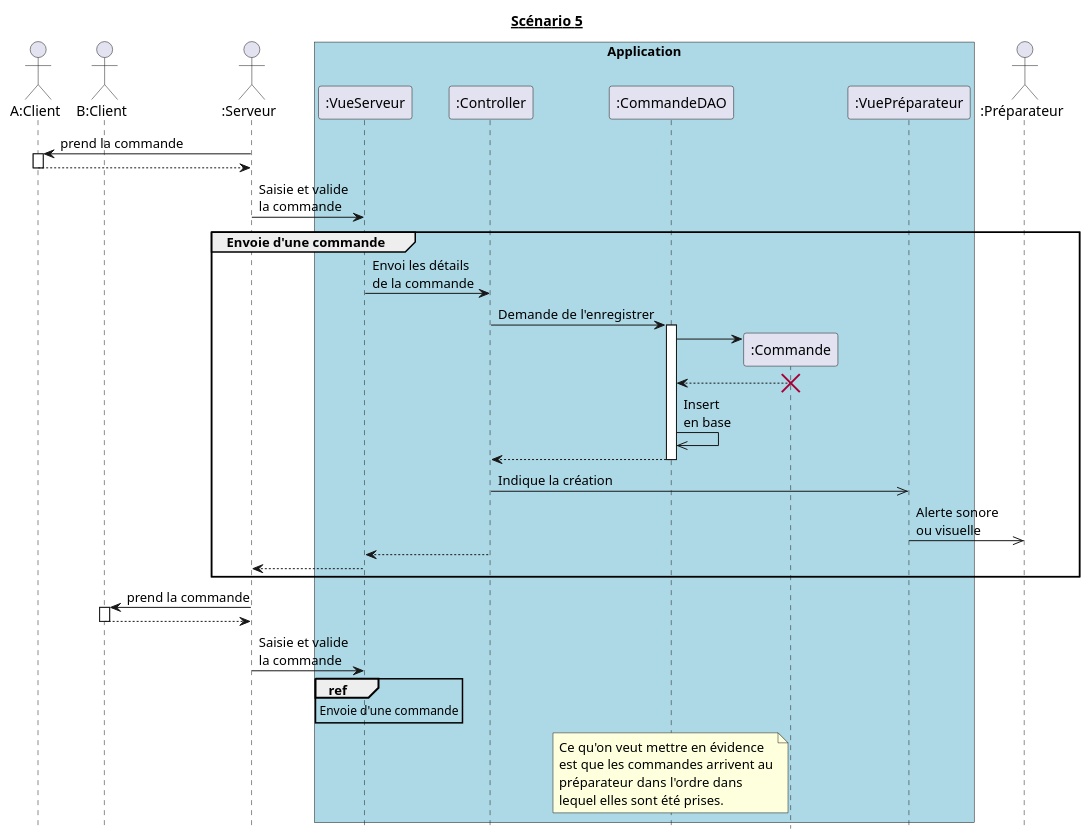
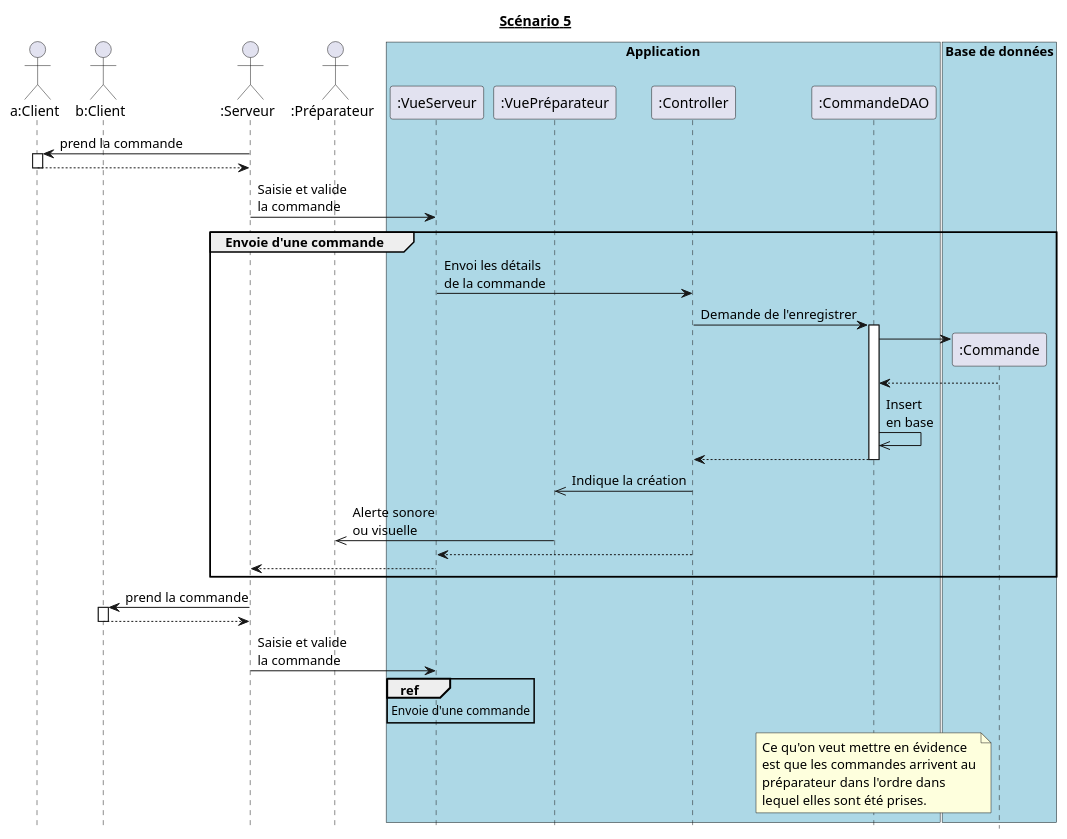
The diagram in diagrammes_sequences_detailles/dss5.md (hulskenA/GL-Les_seigneurs_du_resto), drawn with PlantUML before and after one commit. The commit also changed 7 other files, not shown here.

````diff
--- a/diagrammes_sequences_detailles/dss5.md
+++ b/diagrammes_sequences_detailles/dss5.md
@@ -1,65 +1,67 @@
 ```puml
 @startuml
 hide footbox
 title __Scénario 5__
 
-actor "A:Client" as ClientA order 10
-actor "B:Client" as ClientB order 20
+actor "a:Client" as ClientA order 10
+actor "b:Client" as ClientB order 20
 actor ":Serveur" as Serveur order 30
-actor ":Préparateur" as Préparateur order 90
+actor ":Préparateur" as Préparateur order 40
 
 box "Application" #Lightblue
-  participant ":VueServeur" as VueServeur order 40
-  participant ":Controller" as Controller order 50
-  participant ":CommandeDAO" as CommandeDAO order 60
-  participant ":Commande" as Commande order 70
-  participant ":VuePréparateur" as VuePréparateur order 80
+  participant ":VueServeur" as VueServeur order 50
+  participant ":VuePréparateur" as VuePréparateur order 60
+  participant ":Controller" as Controller order 70
+  participant ":CommandeDAO" as CommandeDAO order 80
+endbox
+
+box "Base de données" #Lightblue
+  participant ":Commande" as Commande order 90
 endbox
 
 Serveur -> ClientA : prend la commande
 activate ClientA
 Serveur <-- ClientA
 deactivate ClientA
 
 Serveur -> VueServeur : Saisie et valide\nla commande
 
 group Envoie d'une commande
   VueServeur -> Controller : Envoi les détails\nde la commande
   Controller -> CommandeDAO : Demande de l'enregistrer
 
   activate CommandeDAO    
     create Commande
     CommandeDAO -> Commande
     CommandeDAO <-- Commande
-    destroy Commande
 
     CommandeDAO ->> CommandeDAO : Insert\nen base
     CommandeDAO --> Controller
   deactivate CommandeDAO
 
   Controller ->> VuePréparateur : Indique la création
   VuePréparateur ->> Préparateur : Alerte sonore\nou visuelle
   Controller --> VueServeur
   VueServeur --> Serveur
 end
 
 Serveur -> ClientB : prend la commande
 activate ClientB
 Serveur <-- ClientB
 deactivate ClientB
 
 Serveur -> VueServeur : Saisie et valide\nla commande
 
 ref over VueServeur
     Envoie d'une commande
 end
 
 note over CommandeDAO
   Ce qu'on veut mettre en évidence
   est que les commandes arrivent au
   préparateur dans l'ordre dans
   lequel elles sont été prises.
 end note
 
 @enduml
 ```
````
